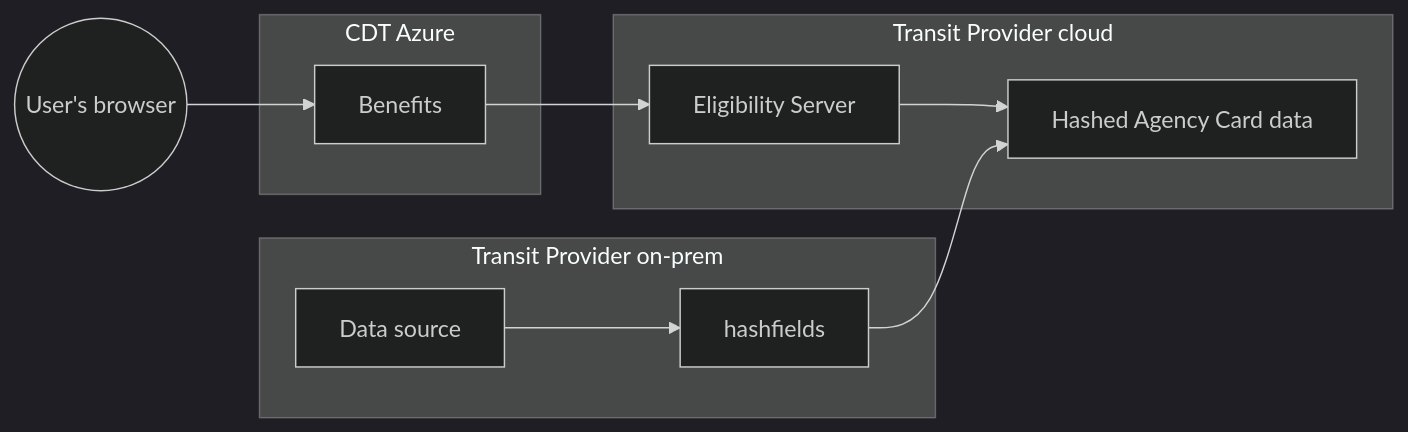
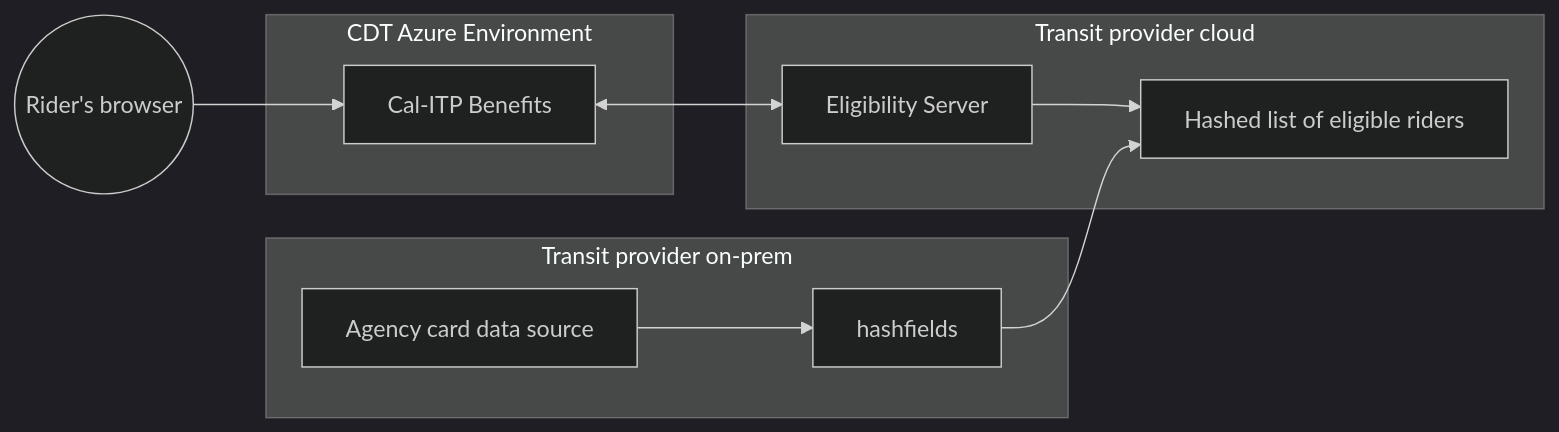
Before and after one commit to cal-itp/benefits: the first of 2 diagrams in docs/enrollment-pathways/agency-cards.md, drawn with Mermaid (dark theme). The commit also changed other lines of this file, not shown here.

First line of the commit message:
docs: revisions to agency card use case

````diff
--- a/docs/enrollment-pathways/agency-cards.md
+++ b/docs/enrollment-pathways/agency-cards.md
@@ -24,25 +23,26 @@
 ```mermaid
 flowchart LR
-    rider((User's browser))
+    rider((Rider's browser))
+    benefits[Cal-ITP Benefits]
     api[Eligibility Server]
-    data[Hashed Agency Card data]
-    cardsystem[Data source]
+    data[Hashed list of eligible riders]
+    cardsystem[Agency card data source]
 
-    rider --> Benefits
+    rider --> benefits
 
-    subgraph CDT Azure
-        Benefits
+    subgraph CDT Azure Environment
+        benefits
     end
 
-    Benefits --> api
+    benefits <--> api
 
-    subgraph Transit Provider cloud
+    subgraph Transit provider cloud
         api --> data
     end
 
-    subgraph Transit Provider on-prem
+    subgraph Transit provider on-prem
         cardsystem --> hashfields
     end
 
     hashfields --> data
 ```
````
